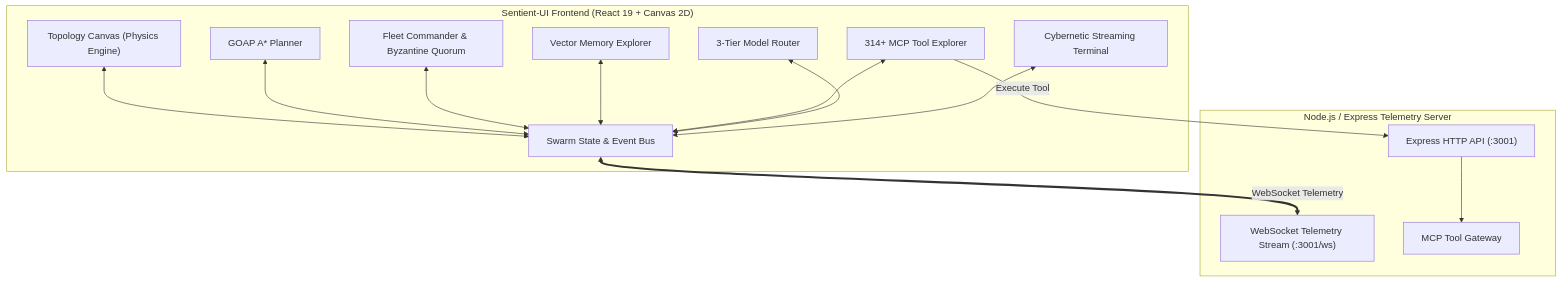
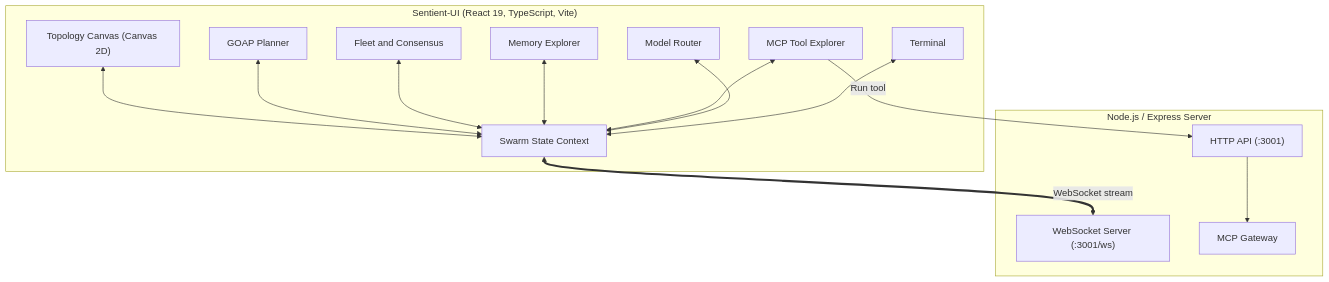
The diagram in README.md (DeepxkJadhav/Sentient-UI), drawn with Mermaid before and after one commit. The commit also changed other lines of this file and 16 other files, not shown here.

````diff
--- a/README.md
+++ b/README.md
@@ -63,31 +56,31 @@
 ```mermaid
 flowchart TD
-    subgraph UI ["Sentient-UI Frontend (React 19 + Canvas 2D)"]
-        TC["Topology Canvas (Physics Engine)"]
-        GP["GOAP A* Planner"]
-        FC["Fleet Commander & Byzantine Quorum"]
-        ME["Vector Memory Explorer"]
-        TE["314+ MCP Tool Explorer"]
-        RT["3-Tier Model Router"]
-        TERM["Cybernetic Streaming Terminal"]
-        CTX["Swarm State & Event Bus"]
+    subgraph Frontend ["Sentient-UI (React 19, TypeScript, Vite)"]
+        TC["Topology Canvas (Canvas 2D)"]
+        GP["GOAP Planner"]
+        FC["Fleet and Consensus"]
+        ME["Memory Explorer"]
+        TE["MCP Tool Explorer"]
+        RT["Model Router"]
+        TERM["Terminal"]
+        CTX["Swarm State Context"]
         
         TC <--> CTX
         GP <--> CTX
         FC <--> CTX
         ME <--> CTX
         TE <--> CTX
         RT <--> CTX
         TERM <--> CTX
     end
 
-    subgraph Server ["Node.js / Express Telemetry Server"]
-        HTTP["Express HTTP API (:3001)"]
-        WS["WebSocket Telemetry Stream (:3001/ws)"]
-        MCP["MCP Tool Gateway"]
+    subgraph Backend ["Node.js / Express Server"]
+        HTTP["HTTP API (:3001)"]
+        WS["WebSocket Server (:3001/ws)"]
+        MCP["MCP Gateway"]
     end
 
-    CTX <==>|"WebSocket Telemetry"| WS
-    TE -->|"Execute Tool"| HTTP
+    CTX <==>|"WebSocket stream"| WS
+    TE -->|"Run tool"| HTTP
     HTTP --> MCP
 ```
````
